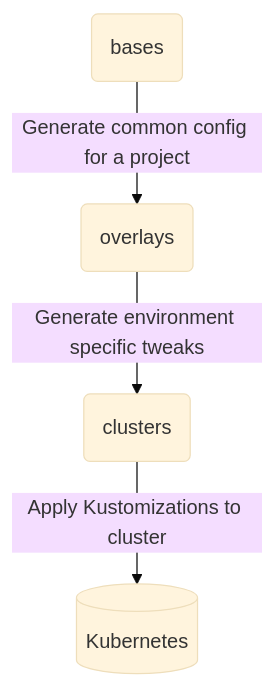
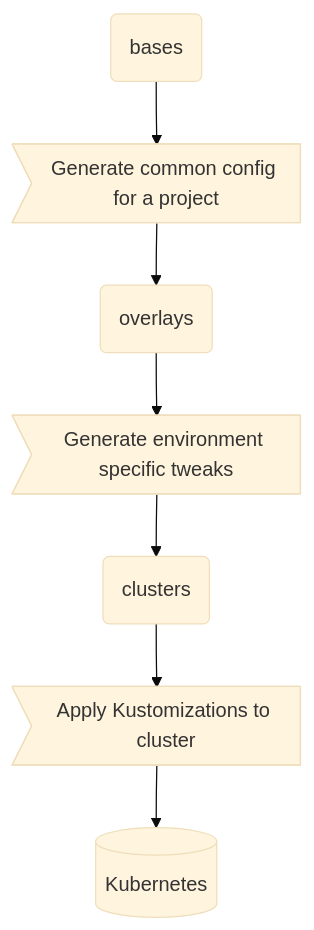
Before and after one commit to zyntrixio/gitops_archive: the diagram in README.md, drawn with Mermaid (base theme).

Commit message:
Further improve README

````diff
--- a/README.md
+++ b/README.md
@@ -17,11 +17,15 @@
 ```mermaid
 graph TD
     A(bases)
     B(overlays)
     C(clusters)
     D[(Kubernetes)]
 
-    A --> |Generate common config for a project| B
-    B --> |Generate environment specific tweaks| C
-    C --> |Apply Kustomizations to cluster| D
+    X1>Generate common config for a project]
+    X2>Generate environment specific tweaks]
+    X3>Apply Kustomizations to cluster]
+
+    A --> X1 --> B
+    B --> X2 --> C
+    C --> X3 --> D
 ```
````
